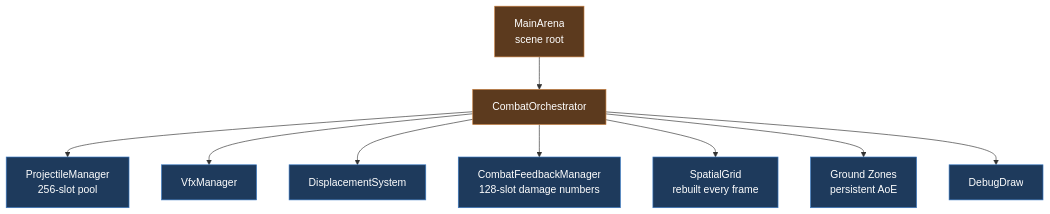
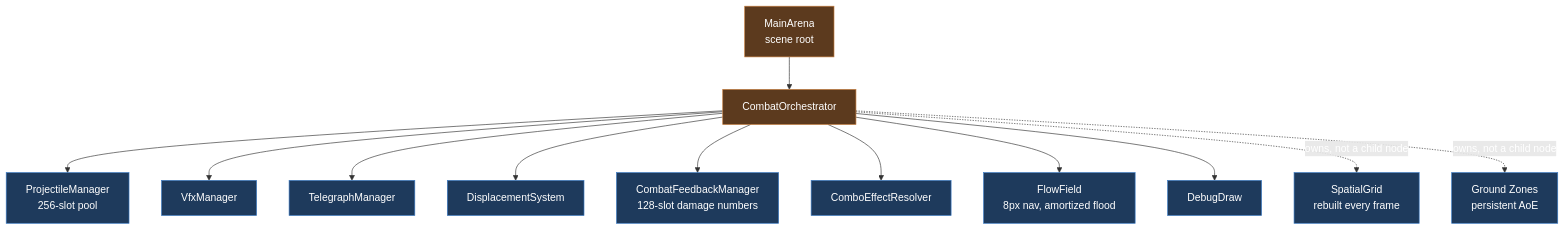
Before and after one commit to bizek/mfgtcbs: the third of 13 diagrams in docs/diagrams.md, drawn with Mermaid. The commit also changed other lines of this file and 41 other files, not shown here.

````diff
--- a/docs/diagrams.md
+++ b/docs/diagrams.md
@@ -59,19 +71,23 @@
 ```mermaid
 graph TD
     classDef root fill:#5c3a1e,stroke:#c47a3a,color:#fff
     classDef sys fill:#1e3a5c,stroke:#3a7ac4,color:#fff
 
     MA[MainArena<br/>scene root]:::root
     CO[CombatOrchestrator]:::root
 
     PM[ProjectileManager<br/>256-slot pool]:::sys
     VFX[VfxManager]:::sys
+    TM[TelegraphManager]:::sys
     DS[DisplacementSystem]:::sys
     CFM[CombatFeedbackManager<br/>128-slot damage numbers]:::sys
+    CER[ComboEffectResolver]:::sys
+    FF[FlowField<br/>8px nav, amortized flood]:::sys
+    DD[DebugDraw]:::sys
     SG[SpatialGrid<br/>rebuilt every frame]:::sys
     GZ[Ground Zones<br/>persistent AoE]:::sys
-    DD[DebugDraw]:::sys
 
     MA --> CO
-    CO --> PM & VFX & DS & CFM & SG & GZ & DD
+    CO --> PM & VFX & TM & DS & CFM & CER & FF & DD
+    CO -.owns, not a child node.-> SG & GZ
 ```
````
